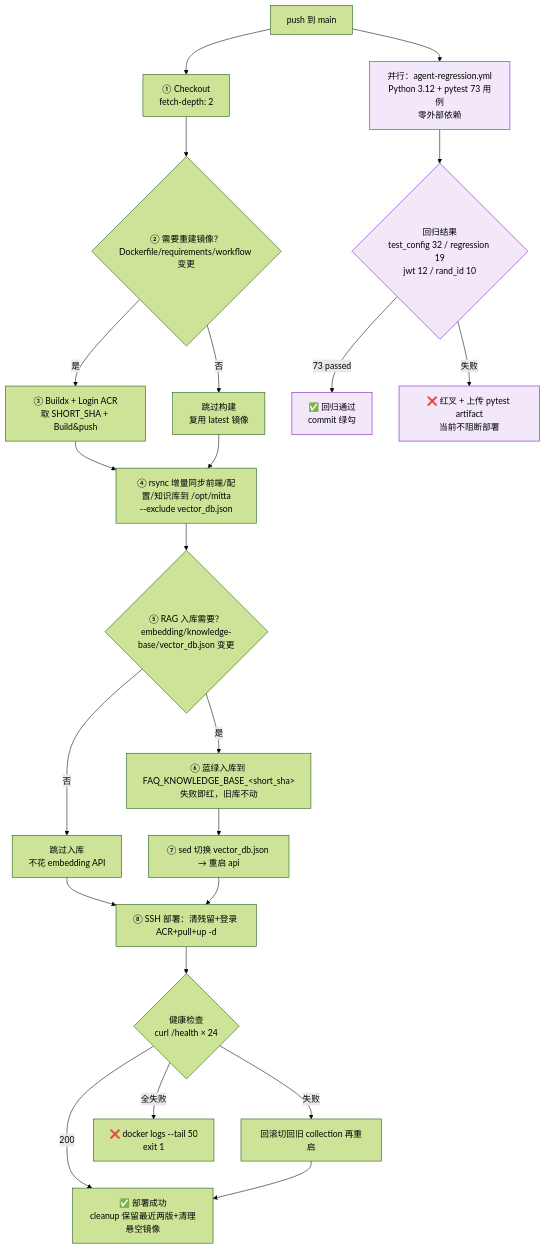
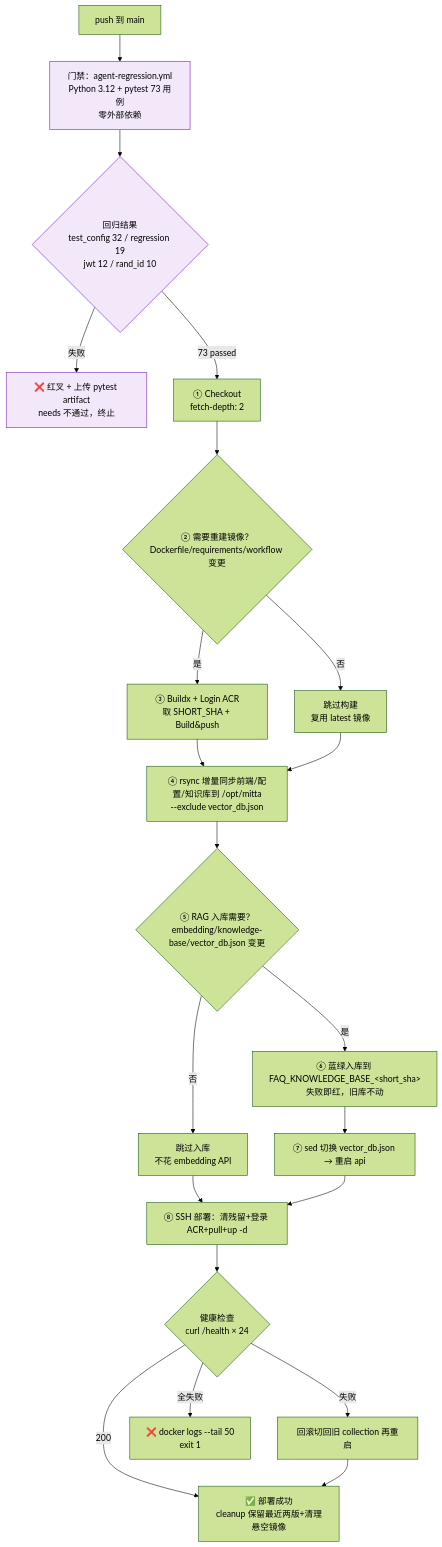
One commit to Q1anyii/Mitta changed the diagram in README.md. Above: the diagram before and after it, drawn with Mermaid (forest theme). The commit also changed other lines of this file, not shown here.

First line of the commit message:
docs: CI 流程对齐现状——回归已用 workflow_call+needs 串联为硬门禁

````diff
--- a/README.md
+++ b/README.md
@@ -894,29 +892,27 @@
 ```mermaid
 flowchart TD
-    PUSH[push 到 main] --> CHECK[① Checkout<br/>fetch-depth: 2]
-    PUSH --> REG[并行：agent-regression.yml<br/>Python 3.12 + pytest 73 用例<br/>零外部依赖]
+    PUSH[push 到 main] --> REG[门禁：agent-regression.yml<br/>Python 3.12 + pytest 73 用例<br/>零外部依赖]
+    REG --> REGJ{回归结果<br/>test_config 32 / regression 19<br/>jwt 12 / rand_id 10}
+    REGJ -->|失败| REGFAIL[❌ 红叉 + 上传 pytest artifact<br/>needs 不通过，终止]
+    REGJ -->|73 passed| CHECK[① Checkout<br/>fetch-depth: 2]
     CHECK --> DETECT{② 需要重建镜像？<br/>Dockerfile/requirements/workflow 变更}
     DETECT -->|是| BUILD[③ Buildx + Login ACR<br/>取 SHORT_SHA + Build&push]
     DETECT -->|否| SKIP[跳过构建<br/>复用 latest 镜像]
     BUILD --> RSYNC
     SKIP --> RSYNC
     RSYNC[④ rsync 增量同步前端/配置/知识库到 /opt/mitta<br/>--exclude vector_db.json]
     RSYNC --> INGEST{⑤ RAG 入库需要？<br/>embedding/knowledge-base/vector_db.json 变更}
     INGEST -->|是| BLUE[⑥ 蓝绿入库到 FAQ_KNOWLEDGE_BASE_&lt;short_sha&gt;<br/>失败即红，旧库不动]
     INGEST -->|否| SKIPI[跳过入库<br/>不花 embedding API]
     BLUE --> SWITCH[⑦ sed 切换 vector_db.json → 重启 api]
     SKIPI --> SSH
     SWITCH --> SSH[⑧ SSH 部署：清残留+登录 ACR+pull+up -d]
     SSH --> HEALTH{健康检查<br/>curl /health × 24}
     HEALTH -->|200| OK[✅ 部署成功<br/>cleanup 保留最近两版+清理悬空镜像]
     HEALTH -->|失败| ROLLBACK[回滚切回旧 collection 再重启]
     ROLLBACK --> OK
     HEALTH -->|全失败| FAIL[❌ docker logs --tail 50<br/>exit 1]
 
-    REG --> REGJ{回归结果<br/>test_config 32 / regression 19<br/>jwt 12 / rand_id 10}
-    REGJ -->|73 passed| REGOK[✅ 回归通过<br/>commit 绿勾]
-    REGJ -->|失败| REGFAIL[❌ 红叉 + 上传 pytest artifact<br/>当前不阻断部署]
-
     classDef gate fill:#F3E8FA,stroke:#9C5BD0,stroke-width:1.5px;
-    class REG,REGJ,REGOK,REGFAIL gate;
+    class REG,REGJ,REGFAIL gate;
 ```
````
